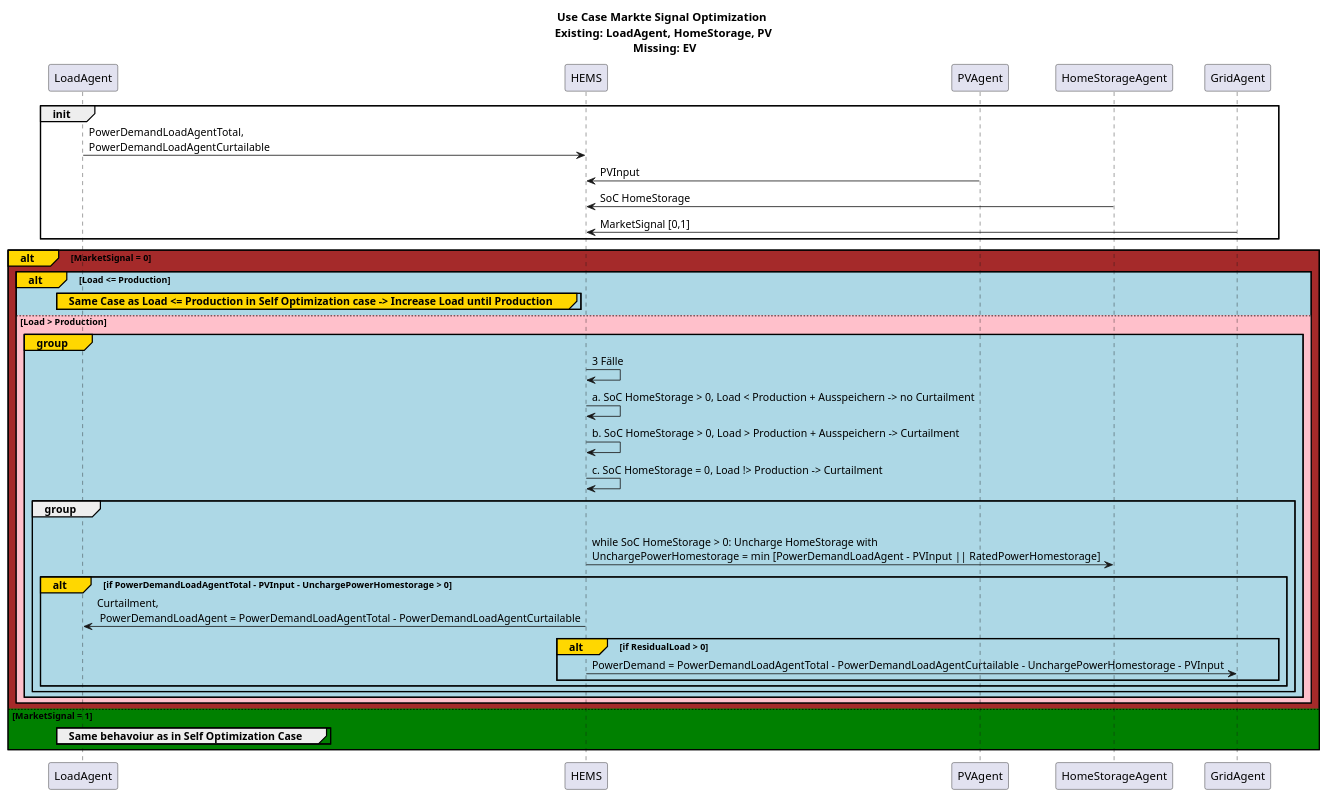
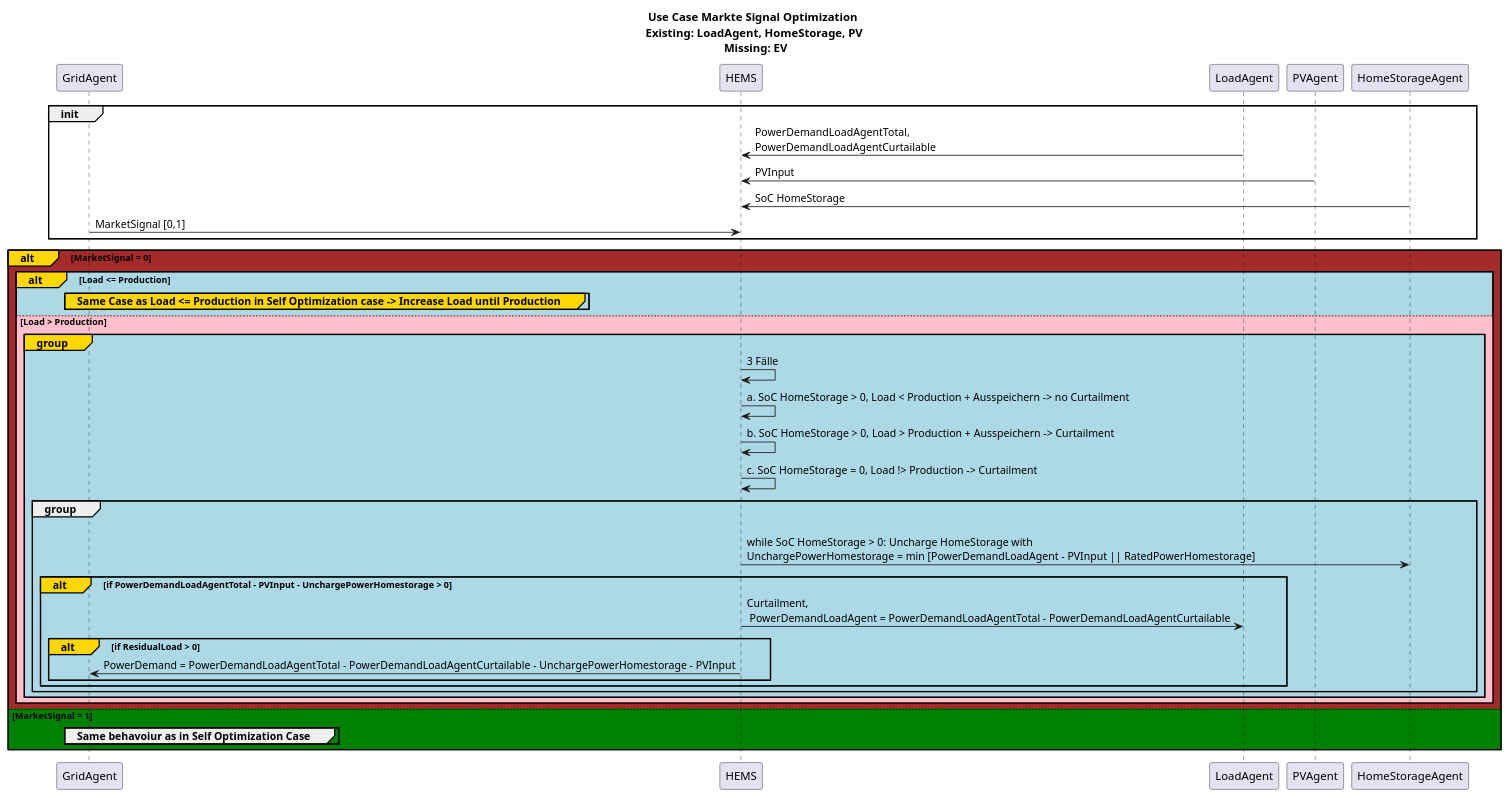
One commit to ie3-institute/simona changed the diagram in docs/uml/protocol/HEMS_Control/HemsControlMarketSignalLoadPvStorage.puml. Above: the diagram before and after it, drawn with PlantUML. The commit also changed 6 other files, not shown here.

Commit message:
Harmonize Order of Agents in Sequence Diagramm Init Process of Agents Process diagram of new trigger First draft of documentation

```diff
--- a/docs/uml/protocol/HEMS_Control/HemsControlMarketSignalLoadPvStorage.puml
+++ b/docs/uml/protocol/HEMS_Control/HemsControlMarketSignalLoadPvStorage.puml
@@ -1,36 +1,42 @@
 @startuml
 title Use Case Markte Signal Optimization \n Existing: LoadAgent, HomeStorage, PV \n Missing: EV
+participant GridAgent
+participant HEMS
+participant LoadAgent
+participant PVAgent
+participant HomeStorageAgent
+
 group init
 LoadAgent -> HEMS: PowerDemandLoadAgentTotal,\nPowerDemandLoadAgentCurtailable
 PVAgent -> HEMS: PVInput
 HomeStorageAgent -> HEMS: SoC HomeStorage
 GridAgent -> HEMS: MarketSignal [0,1] /'0 == Energy expensive , 1 == Energy cheap'/
 end
 alt#Gold #Brown MarketSignal = 0
 alt#Gold #LightBlue Load <= Production
     group#Gold #LightBlue Same Case as Load <= Production in Self Optimization case -> Increase Load until Production
     end
 else #Pink Load > Production
      group#Gold #LightBlue
         HEMS -> HEMS: 3 Fälle
         HEMS -> HEMS: a. SoC HomeStorage > 0, Load < Production + Ausspeichern -> no Curtailment
         HEMS -> HEMS: b. SoC HomeStorage > 0, Load > Production + Ausspeichern -> Curtailment
         HEMS -> HEMS: c. SoC HomeStorage = 0, Load !> Production -> Curtailment
         group
         HEMS -> HomeStorageAgent: \nwhile SoC HomeStorage > 0: Uncharge HomeStorage with \nUnchargePowerHomestorage = min [PowerDemandLoadAgent - PVInput || RatedPowerHomestorage]
         alt#Gold if PowerDemandLoadAgentTotal - PVInput - UnchargePowerHomestorage > 0
         HEMS -> LoadAgent: Curtailment,\n PowerDemandLoadAgent = PowerDemandLoadAgentTotal - PowerDemandLoadAgentCurtailable
 
         alt#Gold if ResidualLoad > 0
            HEMS -> GridAgent: PowerDemand = PowerDemandLoadAgentTotal - PowerDemandLoadAgentCurtailable - UnchargePowerHomestorage - PVInput
            end
         end
 end
 end
 end
 
 else #Green MarketSignal = 1
 group Same behavoiur as in Self Optimization Case
 end
 end
 @enduml
```
